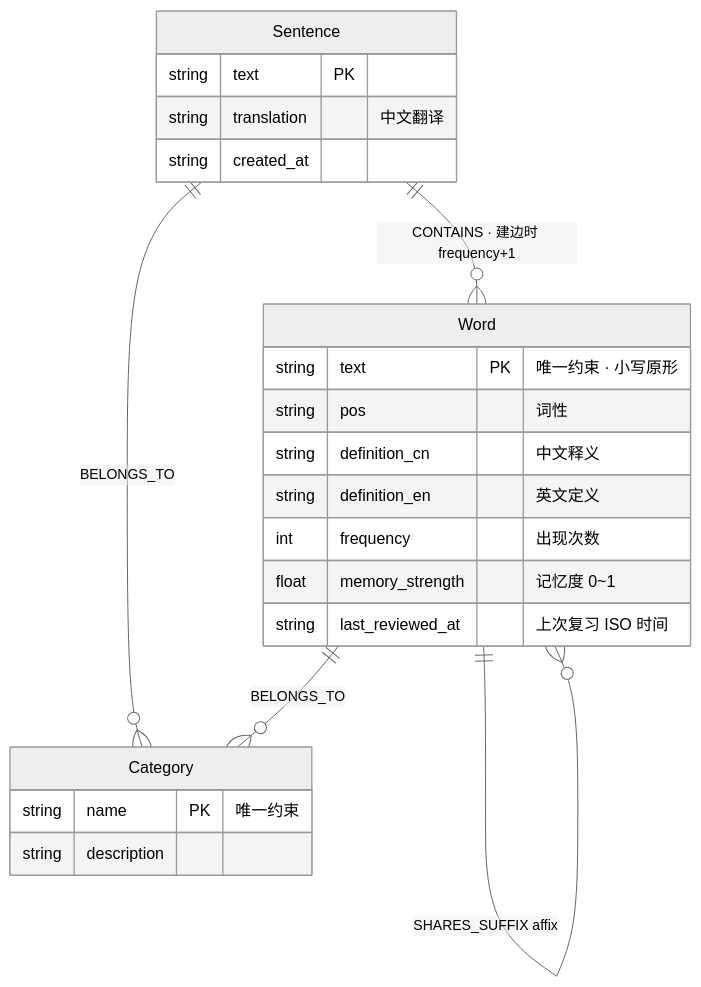
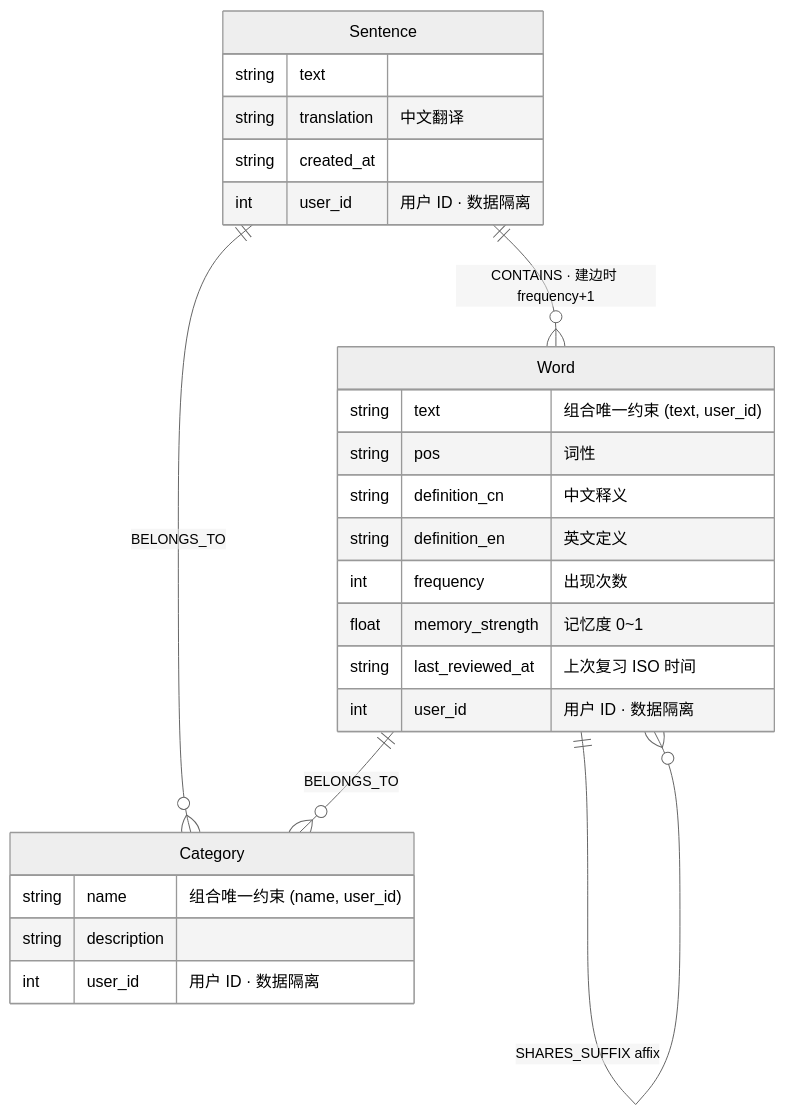
Before and after one commit to oraclewhere/graph_memory: the third of 6 diagrams in docs/ARCHITECTURE.md, drawn with Mermaid (neutral theme). The commit also changed other lines of this file and 3 other files, not shown here.

````diff
--- a/docs/ARCHITECTURE.md
+++ b/docs/ARCHITECTURE.md
@@ -180,27 +202,30 @@
 ```mermaid
 erDiagram
     Category {
-        string name PK "唯一约束"
+        string name "组合唯一约束 (name, user_id)"
         string description
+        int user_id "用户 ID · 数据隔离"
     }
     Word {
-        string text PK "唯一约束 · 小写原形"
+        string text "组合唯一约束 (text, user_id)"
         string pos "词性"
         string definition_cn "中文释义"
         string definition_en "英文定义"
         int frequency "出现次数"
         float memory_strength "记忆度 0~1"
         string last_reviewed_at "上次复习 ISO 时间"
+        int user_id "用户 ID · 数据隔离"
     }
     Sentence {
-        string text PK
+        string text
         string translation "中文翻译"
         string created_at
+        int user_id "用户 ID · 数据隔离"
     }
 
     Word ||--o{ Category : "BELONGS_TO"
     Sentence ||--o{ Category : "BELONGS_TO"
     Sentence ||--o{ Word : "CONTAINS · 建边时 frequency+1"
     Word ||--o{ Word : "SHARES_PREFIX affix"
     Word ||--o{ Word : "SHARES_SUFFIX affix"
 ```
````
